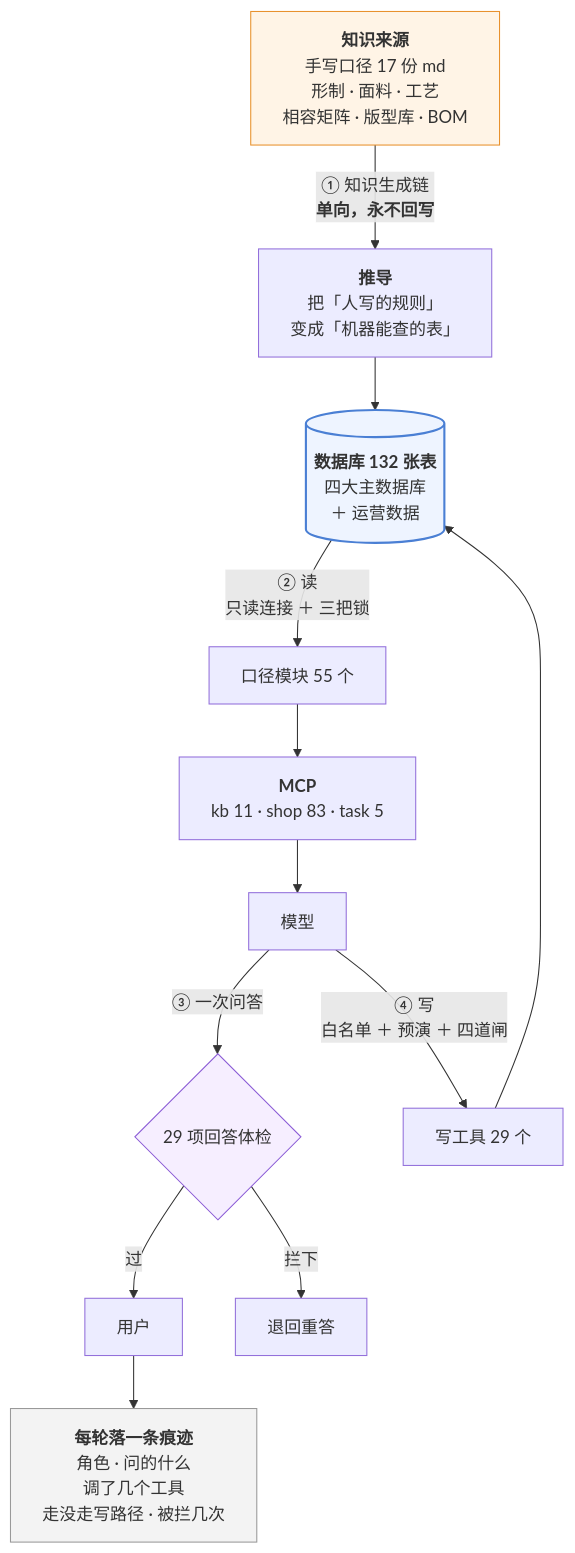
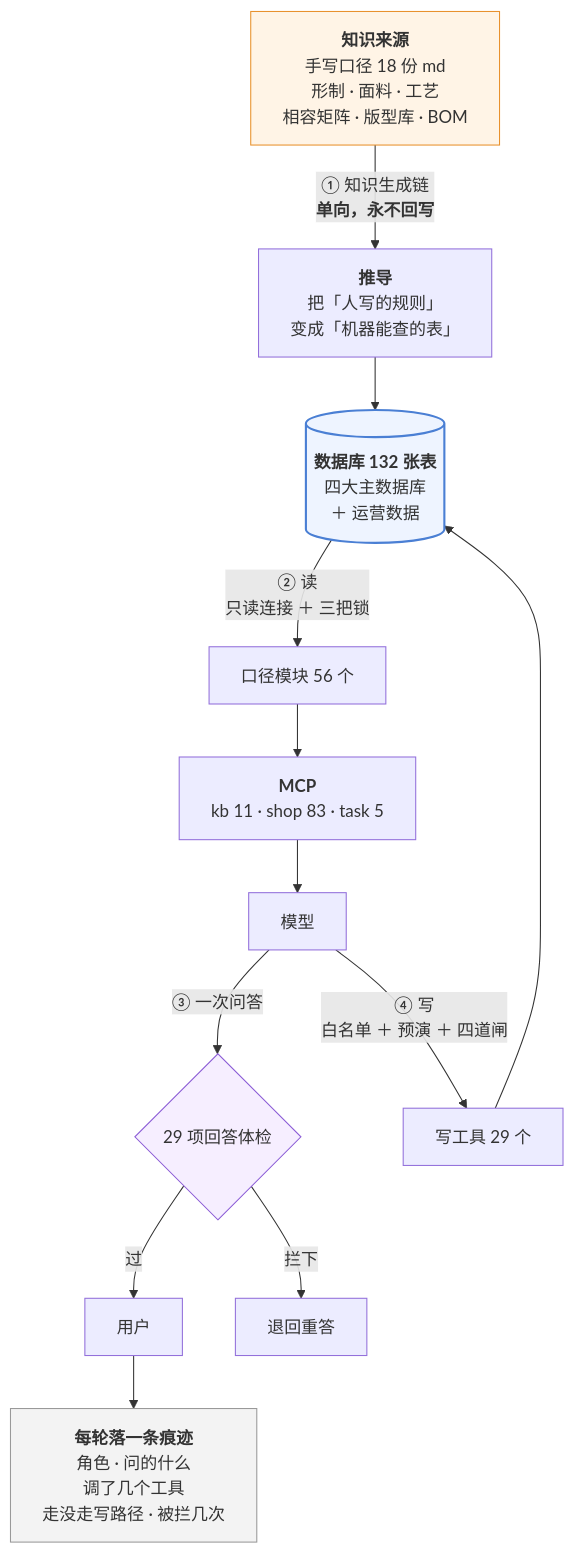
The third of 3 diagrams in 澜绣云裳agent-产品说明.md (843773296-rgb/lanxiu-yunshang-agent), drawn with Mermaid before and after one commit. The commit also changed other lines of this file and 13 other files, not shown here.

````diff
--- a/澜绣云裳agent-产品说明.md
+++ b/澜绣云裳agent-产品说明.md
@@ -1044,24 +1044,24 @@
 ```mermaid
 flowchart TD
-    MD["<b>知识来源</b><br/>手写口径 17 份 md<br/>形制 · 面料 · 工艺<br/>相容矩阵 · 版型库 · BOM"]
+    MD["<b>知识来源</b><br/>手写口径 18 份 md<br/>形制 · 面料 · 工艺<br/>相容矩阵 · 版型库 · BOM"]
     MD -->|"① 知识生成链<br/><b>单向，永不回写</b>"| DV["<b>推导</b><br/>把「人写的规则」<br/>变成「机器能查的表」"]
     DV --> DB[("<b>数据库 132 张表</b><br/>四大主数据库<br/>＋ 运营数据")]
 
-    DB -->|"② 读<br/>只读连接 ＋ 三把锁"| KJ["口径模块 55 个"]
+    DB -->|"② 读<br/>只读连接 ＋ 三把锁"| KJ["口径模块 56 个"]
     KJ --> MCP["<b>MCP</b><br/>kb 11 · shop 83 · task 5"]
     MCP --> LLM["模型"]
 
     LLM -->|"③ 一次问答"| GD{"29 项回答体检"}
     GD -- 过 --> U["用户"]
     GD -- 拦下 --> RE["退回重答"]
 
     LLM -->|"④ 写<br/>白名单 ＋ 预演 ＋ 四道闸"| W["写工具 29 个"]
     W --> DB
 
     U --> TR["<b>每轮落一条痕迹</b><br/>角色 · 问的什么<br/>调了几个工具<br/>走没走写路径 · 被拦几次"]
 
     style MD fill:#fff4e6,stroke:#e8912d
     style DB fill:#eef4ff,stroke:#4a7fd4,stroke-width:2px
     style GD fill:#f6eeff,stroke:#8b5cd6
     style TR fill:#f3f3f3,stroke:#999
 ```
````
